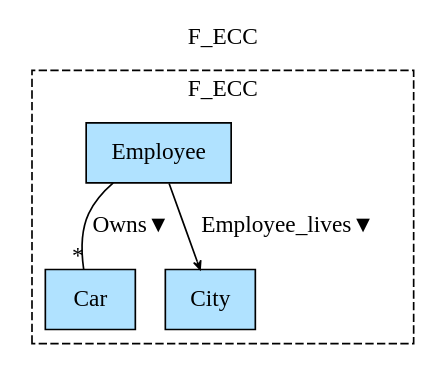
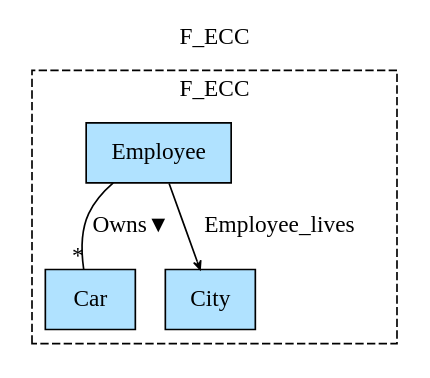
One commit to namalio/Fragmenta changed the diagram in Haskell/FragmentaTests/PersonVehicle/img/F_ECC.gv. Above: the diagram before and after it, drawn with Graphviz. The commit also changed 32 other files, not shown here.

```diff
--- a/Haskell/FragmentaTests/PersonVehicle/img/F_ECC.gv
+++ b/Haskell/FragmentaTests/PersonVehicle/img/F_ECC.gv
@@ -1,11 +1,11 @@
 digraph {graph[label=F_ECC,labelloc=tl,labelfontsize=12];
 subgraph cluster_F_ECC{style=dashed;label=F_ECC;
+"Car"[shape=record,fillcolor=lightskyblue1,style = filled,label="Car"];
 "Employee"[shape=record,fillcolor=lightskyblue1,style = filled,label="Employee"];
-"Car"[shape=record,fillcolor=lightskyblue1,style = filled,label="Car"];
 "City"[shape=record,fillcolor=lightskyblue1,style = filled,label="City"];
 
 "Employee"->"Car"[label="Owns▼",dir=none,taillabel="",headlabel="*"];
-"Employee"->"City"[label="Employee_lives▼",arrowhead=vee,headlabel="",arrowsize=.5];
+"Employee"->"City"[label="Employee_lives",arrowhead=vee,headlabel="",arrowsize=.5];
 
 }
 }
```
